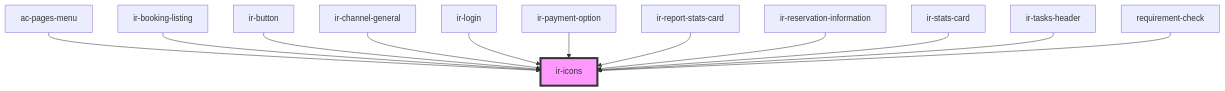
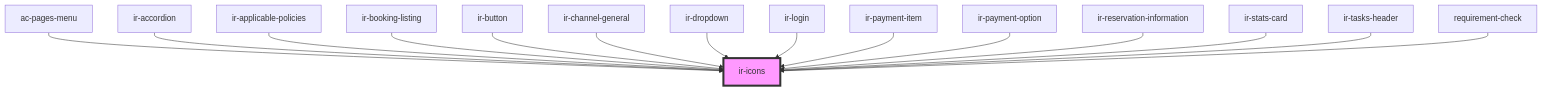
One commit to RonyRizk/ir-webcmp changed the diagram in src/components/ui/ir-icons/readme.md. Above: the diagram before and after it, drawn with Mermaid. The commit also changed other lines of this file and 156 other files, not shown here.

````diff
--- a/src/components/ui/ir-icons/readme.md
+++ b/src/components/ui/ir-icons/readme.md
@@ -32,15 +35,18 @@
 ```mermaid
 graph TD;
   ac-pages-menu --> ir-icons
+  ir-accordion --> ir-icons
+  ir-applicable-policies --> ir-icons
   ir-booking-listing --> ir-icons
   ir-button --> ir-icons
   ir-channel-general --> ir-icons
+  ir-dropdown --> ir-icons
   ir-login --> ir-icons
+  ir-payment-item --> ir-icons
   ir-payment-option --> ir-icons
-  ir-report-stats-card --> ir-icons
   ir-reservation-information --> ir-icons
   ir-stats-card --> ir-icons
   ir-tasks-header --> ir-icons
   requirement-check --> ir-icons
   style ir-icons fill:#f9f,stroke:#333,stroke-width:4px
 ```
````
